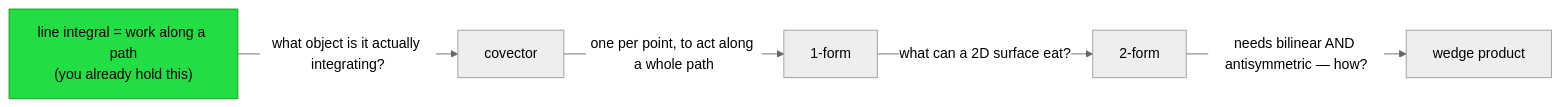
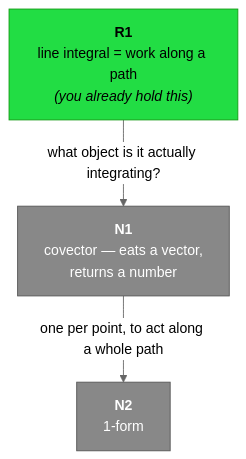
The diagram in skills/understand/PLAN.md (JensH0rnung/learning-framework), drawn with Mermaid (neutral theme) before and after one commit. The commit also changed other lines of this file and 1 other file, not shown here.

````diff
--- a/skills/understand/PLAN.md
+++ b/skills/understand/PLAN.md
@@ -71,9 +113,14 @@
 ```mermaid
-graph LR
-  R1["line integral = work along a path<br/>(you already hold this)"]:::root
-  R1 -->|"what object is it actually integrating?"| N1[covector]
-  N1 -->|"one per point, to act along a whole path"| N2[1-form]
-  N2 -->|"what can a 2D surface eat?"| N3[2-form]
-  N3 -->|"needs bilinear AND antisymmetric — how?"| N4[wedge product]
+graph TD
+  R1["<b>R1</b><br/>line integral = work along a path<br/><i>(you already hold this)</i>"]:::root
+  R1 -->|"what object is it actually integrating?"| N1
+
+  N1["<b>N1</b><br/>covector — eats a vector,<br/>returns a number"]:::pending
+  N1 -->|"one per point, to act along a whole path"| N2
+
+  N2["<b>N2</b><br/>1-form"]:::pending
+
   classDef root fill:#2d4,stroke:#191
+  classDef pending fill:#888,stroke:#555,color:#fff
+  classDef learned fill:#fd4,stroke:#b90
 ```
````
